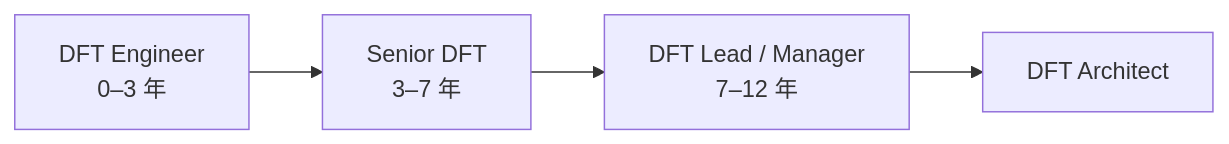
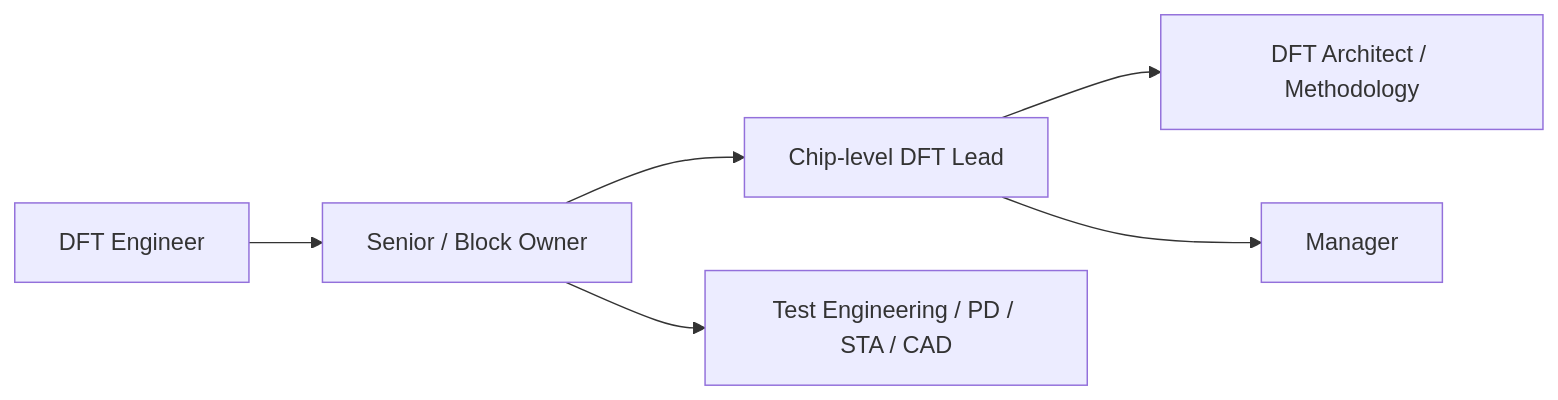
Before and after one commit to wizardhsiehcom/book: the second of 2 diagrams in docs/semi-jobs/04-dft.md, drawn with Mermaid. The commit also changed other lines of this file and 5 other files, not shown here.

````diff
--- a/docs/semi-jobs/04-dft.md
+++ b/docs/semi-jobs/04-dft.md
@@ -35,6 +66,8 @@
 ```mermaid
 flowchart LR
-    D0["DFT Engineer<br/>0–3 年"] --> D1["Senior DFT<br/>3–7 年"]
-    D1 --> D2["DFT Lead / Manager<br/>7–12 年"]
-    D2 --> D3["DFT Architect"]
+    J["DFT Engineer"] --> S["Senior / Block Owner"]
+    S --> L["Chip-level DFT Lead"]
+    L --> A["DFT Architect / Methodology"]
+    L --> M["Manager"]
+    S --> X["Test Engineering / PD / STA / CAD"]
 ```
````
